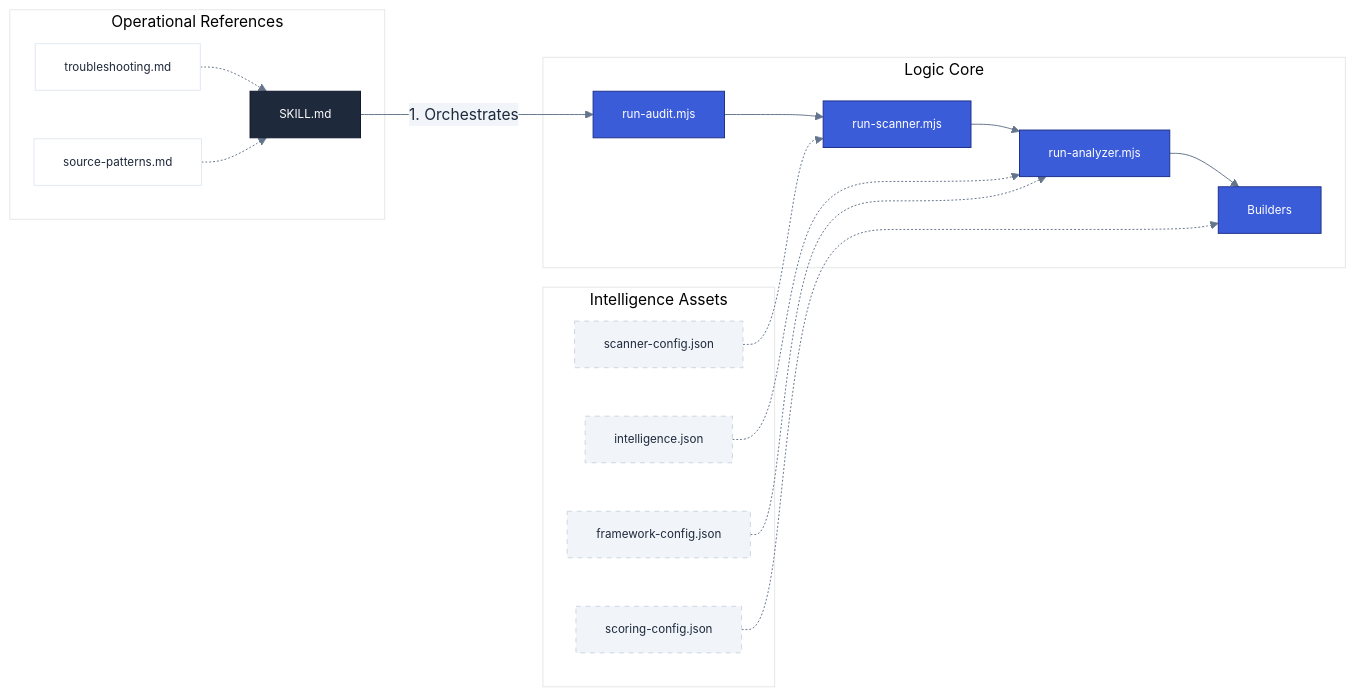
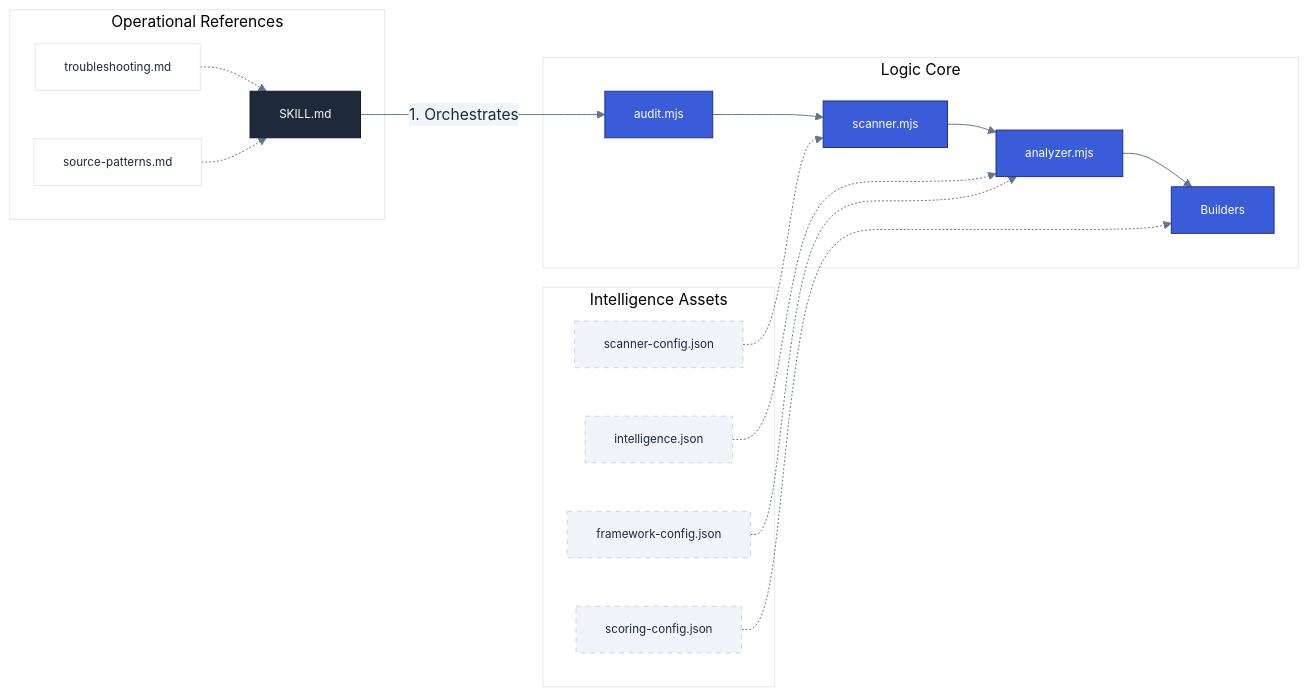
The diagram in docs/engine-manifest.md (diegovelasquezweb/a11y-skill), drawn with Mermaid before and after one commit. The commit also changed other lines of this file and 30 other files, not shown here.

````diff
--- a/docs/engine-manifest.md
+++ b/docs/engine-manifest.md
@@ -75,32 +75,32 @@
 ```mermaid
 %%{init: { 'theme': 'base', 'themeVariables': { 'primaryColor': '#3b5cd9', 'primaryTextColor': '#1e293b', 'primaryBorderColor': '#1e308a', 'lineColor': '#64748b', 'secondaryColor': '#f1f5f9', 'tertiaryColor': '#fff', 'mainBkg': '#fff', 'nodeBorder': '#e2e8f0' } } }%%
 flowchart LR
-    A[SKILL.md] -- "1. Orchestrates" --> B[run-audit.mjs]
+    A[SKILL.md] -- "1. Orchestrates" --> B[audit.mjs]
 
     subgraph Engine ["Logic Core"]
-        B --> C[run-scanner.mjs]
-        C --> D[run-analyzer.mjs]
+        B --> C[scanner.mjs]
+        C --> D[analyzer.mjs]
         D --> E[Builders]
     end
 
     subgraph Data ["Intelligence Assets"]
         AS1[scanner-config.json] -.-> C
         AS2[intelligence.json] -.-> D
         AS3[framework-config.json] -.-> D
         AS4[scoring-config.json] -.-> E
     end
 
     subgraph Knowledge ["Operational References"]
         R1[troubleshooting.md] -.-> A
         R2[source-patterns.md] -.-> A
     end
 
     classDef default font-family:Inter,sans-serif,font-size:12px;
     classDef playbook fill:#1e293b,color:#fff,stroke:#0f172a;
     classDef core fill:#3b5cd9,color:#fff,stroke:#1e308a;
     classDef storage fill:#f1f5f9,stroke:#cbd5e1,stroke-dasharray: 5 5;
 
     class A playbook;
     class B,C,D,E core;
     class AS1,AS2,AS3,AS4 storage;
 ```
````
